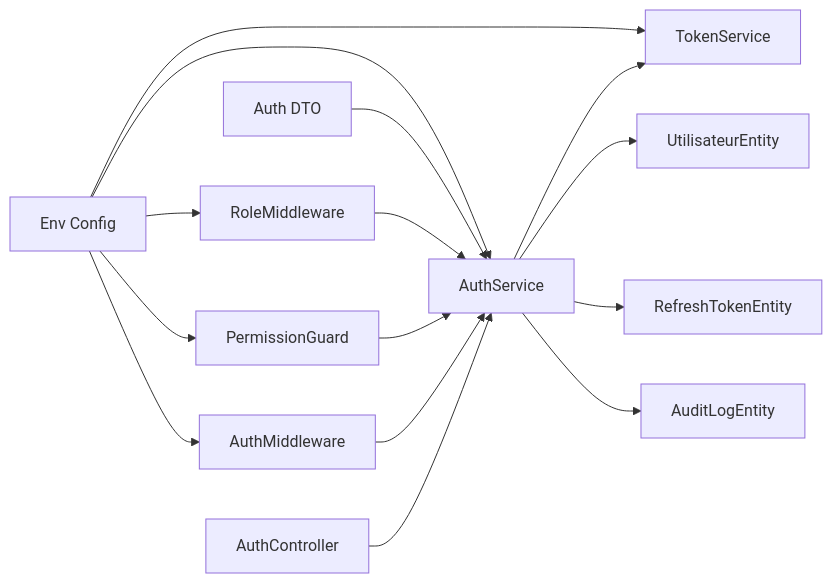
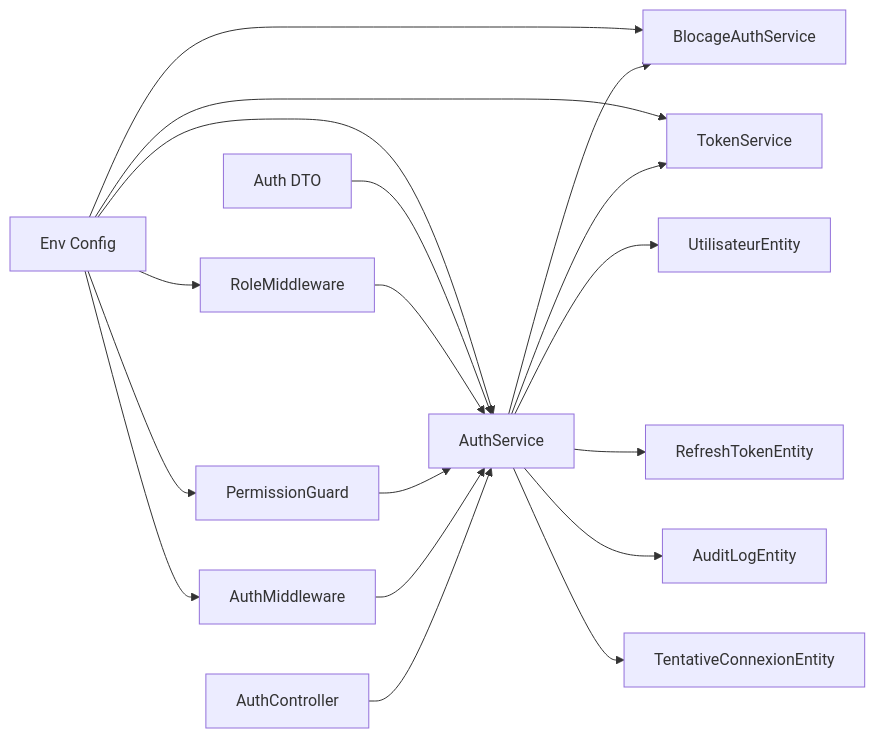
One commit to franckylab/eLISAschool changed the ninth of 9 diagrams in .qoder/repowiki/en/content/Authentication & Authorization/Security Measures.md. Above: the diagram before and after it, drawn with Mermaid. The commit also changed other lines of this file and 66 other files, not shown here.

First line of the commit message:
feat(auth): intégrer système de blocage à deux niveaux et suivi en temps réel

````diff
--- a/.qoder/repowiki/en/content/Authentication & Authorization/Security Measures.md
+++ b/.qoder/repowiki/en/content/Authentication & Authorization/Security Measures.md
@@ -459,17 +612,20 @@
 ```mermaid
 graph LR
 AC["AuthController"] --> AS["AuthService"]
+AS --> BS["BlocageAuthService"]
 AS --> TS["TokenService"]
 AS --> UE["UtilisateurEntity"]
 AS --> RTE["RefreshTokenEntity"]
 AS --> AL["AuditLogEntity"]
+AS --> TCE["TentativeConnexionEntity"]
 AMW["AuthMiddleware"] --> AS
 PG["PermissionGuard"] --> AS
 RMW["RoleMiddleware"] --> AS
 DTO["Auth DTO"] --> AS
 ENV["Env Config"] --> AS
+ENV --> BS
 ENV --> TS
 ENV --> AMW
 ENV --> PG
 ENV --> RMW
 ```
````
